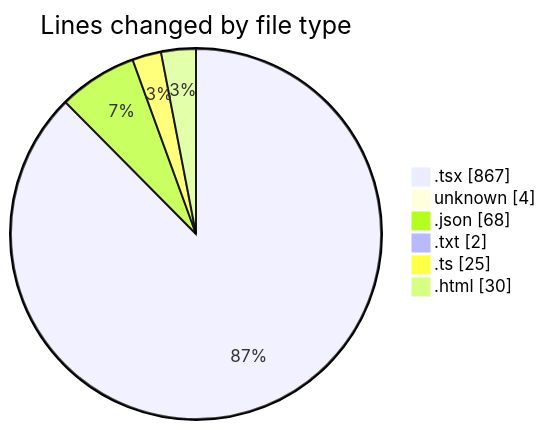
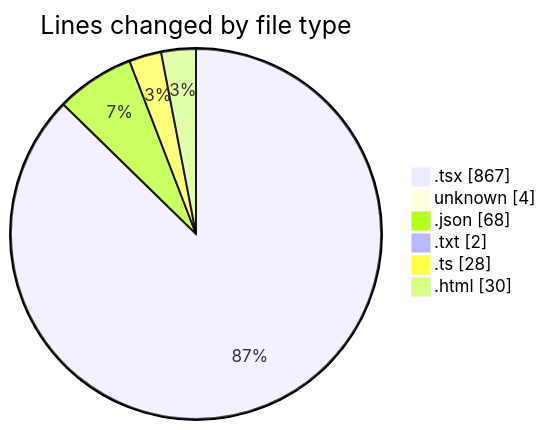
The first of 2 diagrams in 2025-02-27/audiobooks-web/README.md (robertbonfada/code-tracking), drawn with Mermaid before and after one commit. The commit also changed other lines of this file and 1 other file, not shown here.

````diff
--- a/2025-02-27/audiobooks-web/README.md
+++ b/2025-02-27/audiobooks-web/README.md
@@ -31,10 +31,10 @@
 ```mermaid
 pie showData
 title Lines changed by file type
 ".tsx" : 867
 "unknown" : 4
 ".json" : 68
 ".txt" : 2
-".ts" : 25
+".ts" : 28
 ".html" : 30
 ```
````
